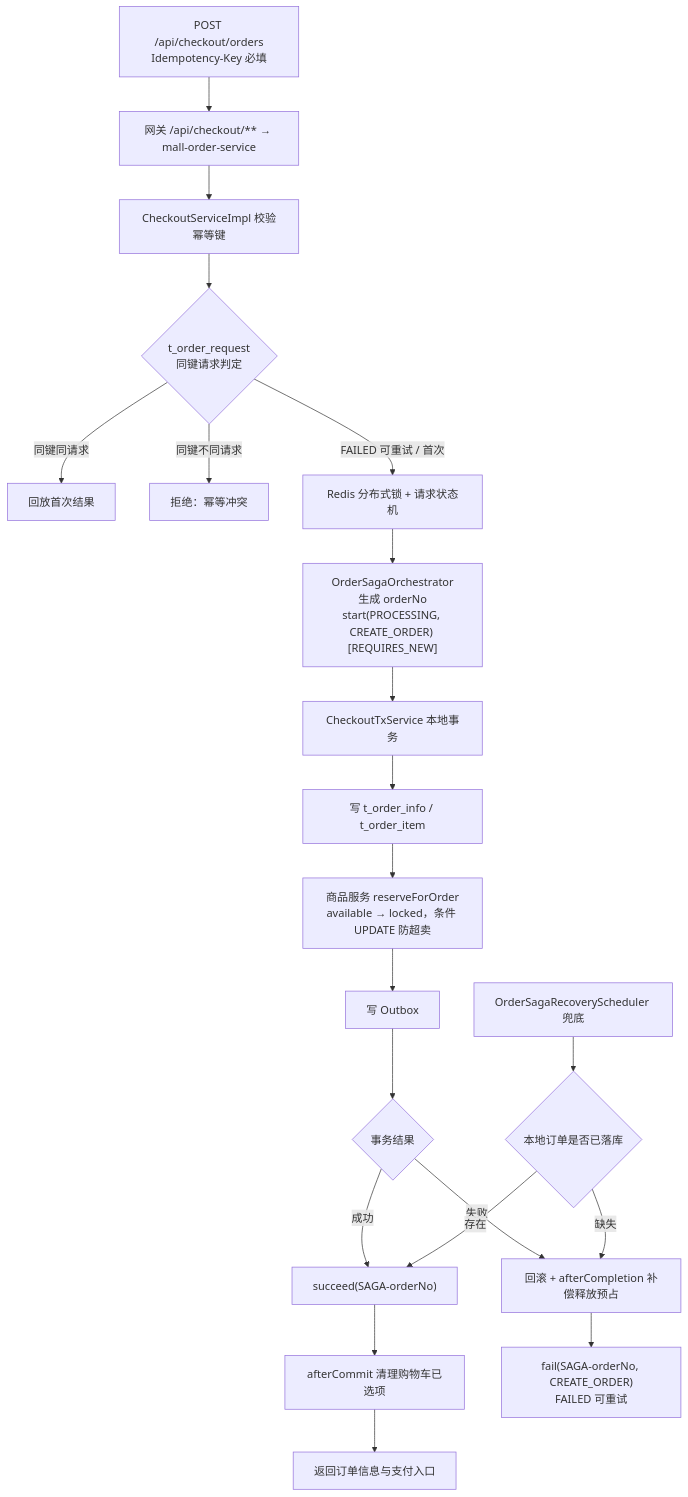
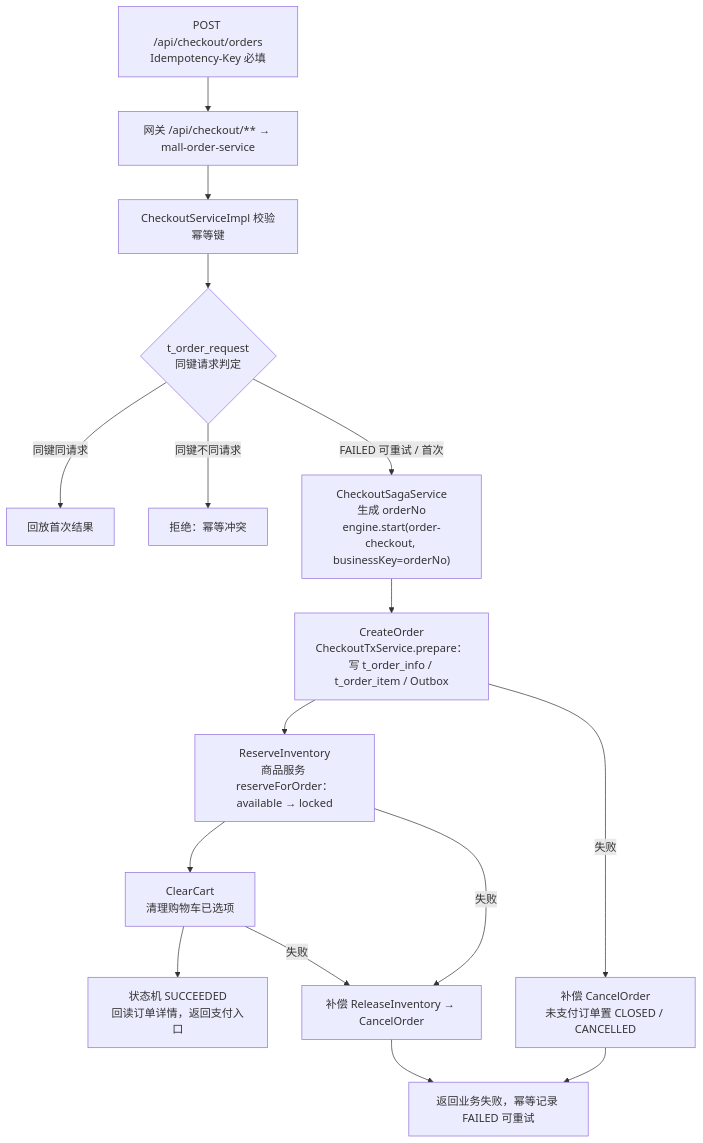
The seventh of 12 diagrams in CODE_INTRO.md (cpc-lib/mall), drawn with Mermaid before and after one commit. The commit also changed other lines of this file and 163 other files, not shown here.

````diff
--- a/CODE_INTRO.md
+++ b/CODE_INTRO.md
@@ -613,23 +628,18 @@
 ```mermaid
 flowchart TD
     A["POST /api/checkout/orders<br/>Idempotency-Key 必填"] --> B["网关 /api/checkout/** → mall-order-service"]
     B --> C["CheckoutServiceImpl 校验幂等键"]
     C --> D{"t_order_request<br/>同键请求判定"}
     D -->|"同键同请求"| D1["回放首次结果"]
     D -->|"同键不同请求"| D2["拒绝：幂等冲突"]
-    D -->|"FAILED 可重试 / 首次"| E["Redis 分布式锁 + 请求状态机"]
-    E --> F["OrderSagaOrchestrator<br/>生成 orderNo<br/>start(PROCESSING, CREATE_ORDER) [REQUIRES_NEW]"]
-    F --> G["CheckoutTxService 本地事务"]
-    G --> G1["写 t_order_info / t_order_item"]
-    G1 --> G2["商品服务 reserveForOrder<br/>available → locked，条件 UPDATE 防超卖"]
-    G2 --> G3["写 Outbox"]
-    G3 --> H{"事务结果"}
-    H -->|"成功"| I["succeed(SAGA-orderNo)"]
-    I --> J["afterCommit 清理购物车已选项"]
-    J --> K["返回订单信息与支付入口"]
-    H -->|"失败"| L["回滚 + afterCompletion 补偿释放预占"]
-    L --> M["fail(SAGA-orderNo, CREATE_ORDER)<br/>FAILED 可重试"]
-    N["OrderSagaRecoveryScheduler 兜底"] --> N1{"本地订单是否已落库"}
-    N1 -->|"存在"| I
-    N1 -->|"缺失"| L
+    D -->|"FAILED 可重试 / 首次"| E["CheckoutSagaService<br/>生成 orderNo<br/>engine.start(order-checkout, businessKey=orderNo)"]
+    E --> F["CreateOrder<br/>CheckoutTxService.prepare：写 t_order_info / t_order_item / Outbox"]
+    F --> G["ReserveInventory<br/>商品服务 reserveForOrder：available → locked"]
+    G --> H["ClearCart<br/>清理购物车已选项"]
+    H --> I["状态机 SUCCEEDED<br/>回读订单详情，返回支付入口"]
+    F -->|"失败"| X["补偿 CancelOrder<br/>未支付订单置 CLOSED / CANCELLED"]
+    G -->|"失败"| Y["补偿 ReleaseInventory → CancelOrder"]
+    H -->|"失败"| Y
+    X --> Z["返回业务失败，幂等记录 FAILED 可重试"]
+    Y --> Z
 ```
````
